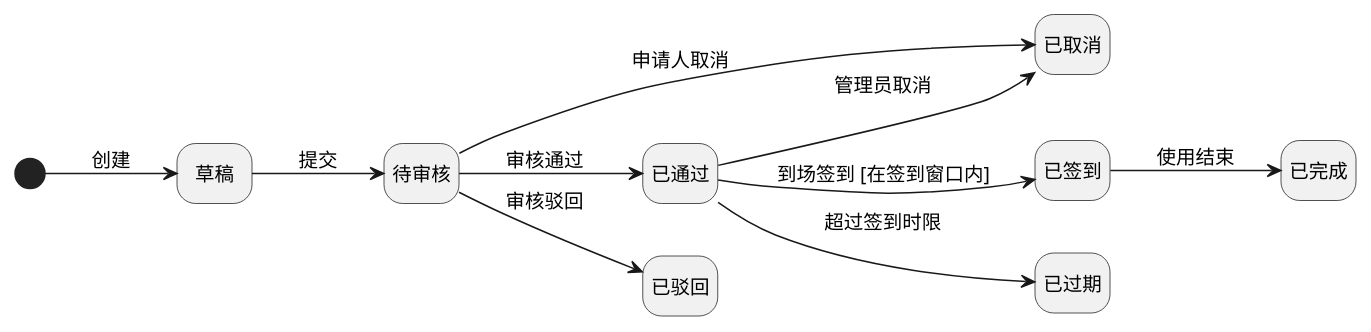
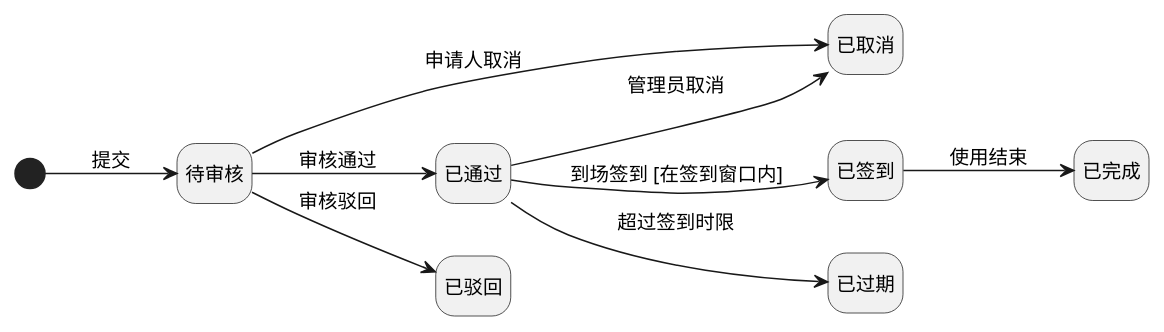
Before and after one commit to bhadaljf/32406300118: the diagram in diagrams/03_预约申请状态图.puml, drawn with PlantUML. The commit also changed 4 other files, not shown here.

First line of the commit message:
fix: 状态图去掉草稿状态，与用例描述对齐

```diff
--- a/diagrams/03_预约申请状态图.puml
+++ b/diagrams/03_预约申请状态图.puml
@@ -1,18 +1,17 @@
 @startuml
 skinparam monochrome true
 skinparam shadowing false
 skinparam defaultFontName "Microsoft YaHei"
 skinparam defaultFontSize 13
 hide empty description
 left to right direction
 
-[*] --> 草稿 : 创建
-草稿 --> 待审核 : 提交
+[*] --> 待审核 : 提交
 待审核 --> 已通过 : 审核通过
 待审核 --> 已驳回 : 审核驳回
 待审核 --> 已取消 : 申请人取消
 已通过 --> 已签到 : 到场签到 [在签到窗口内]
 已通过 --> 已过期 : 超过签到时限
 已通过 --> 已取消 : 管理员取消
 已签到 --> 已完成 : 使用结束
 @enduml
```
